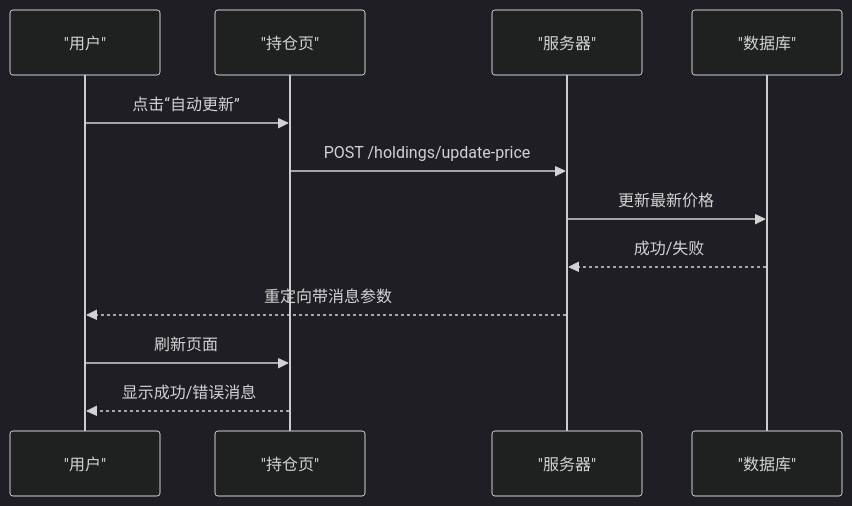
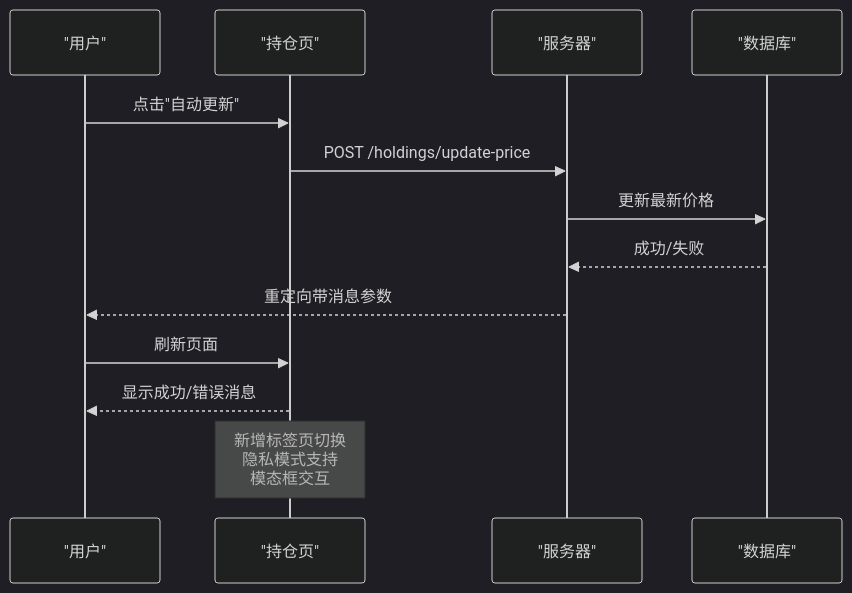
The fourth of 7 diagrams in .qoder/repowiki/zh/content/前端模板系统/前端模板系统.md (macrohuang/invest-log), drawn with Mermaid (dark theme) before and after one commit. The commit also changed other lines of this file and 11 other files, not shown here.

````diff
--- a/.qoder/repowiki/zh/content/前端模板系统/前端模板系统.md
+++ b/.qoder/repowiki/zh/content/前端模板系统/前端模板系统.md
@@ -180,14 +208,15 @@
 ```mermaid
 sequenceDiagram
 participant U as "用户"
 participant P as "持仓页"
 participant S as "服务器"
 participant DB as "数据库"
-U->>P : 点击“自动更新”
+U->>P : 点击"自动更新"
 P->>S : POST /holdings/update-price
 S->>DB : 更新最新价格
 DB-->>S : 成功/失败
 S-->>U : 重定向带消息参数
 U->>P : 刷新页面
 P-->>U : 显示成功/错误消息
+Note over P : 新增标签页切换<br/>隐私模式支持<br/>模态框交互
 ```
````
